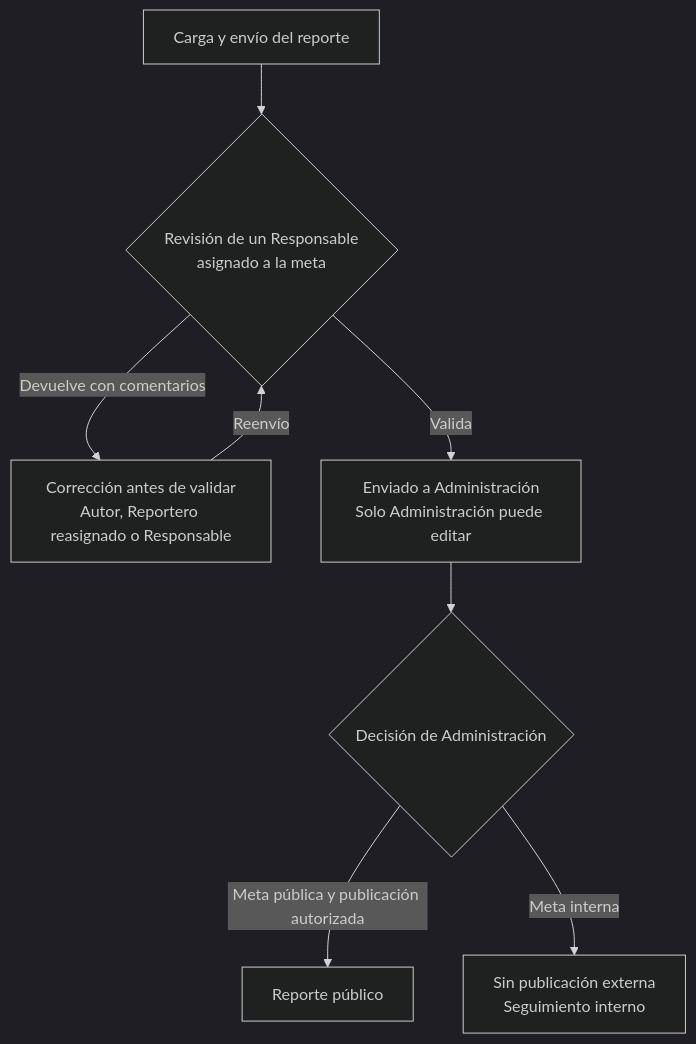
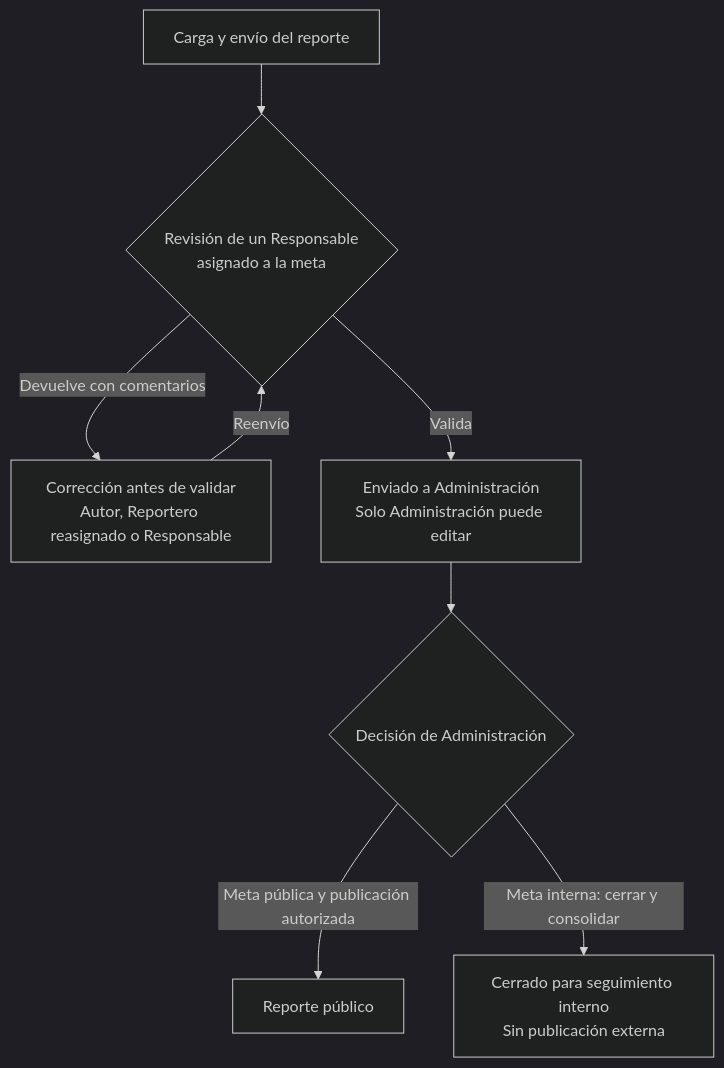
One commit to DemocraciaEnRed/pba-seguimiento-pfi changed the diagram in docs/feedback/decisiones-finales-roles-y-reportes-v2.md. Above: the diagram before and after it, drawn with Mermaid (dark theme). The commit also changed other lines of this file and 27 other files, not shown here.

````diff
--- a/docs/feedback/decisiones-finales-roles-y-reportes-v2.md
+++ b/docs/feedback/decisiones-finales-roles-y-reportes-v2.md
@@ -152,10 +152,10 @@
 ```mermaid
 flowchart TD
     C["Carga y envío del reporte"] --> R{"Revisión de un Responsable<br/>asignado a la meta"}
     R -->|Devuelve con comentarios| D["Corrección antes de validar<br/>Autor, Reportero reasignado o Responsable"]
     D -->|Reenvío| R
     R -->|Valida| V["Enviado a Administración<br/>Solo Administración puede editar"]
     V --> A{"Decisión de Administración"}
     A -->|Meta pública y publicación autorizada| P["Reporte público"]
-    A -->|Meta interna| I["Sin publicación externa<br/>Seguimiento interno"]
+    A -->|Meta interna: cerrar y consolidar| I["Cerrado para seguimiento interno<br/>Sin publicación externa"]
 ```
````
